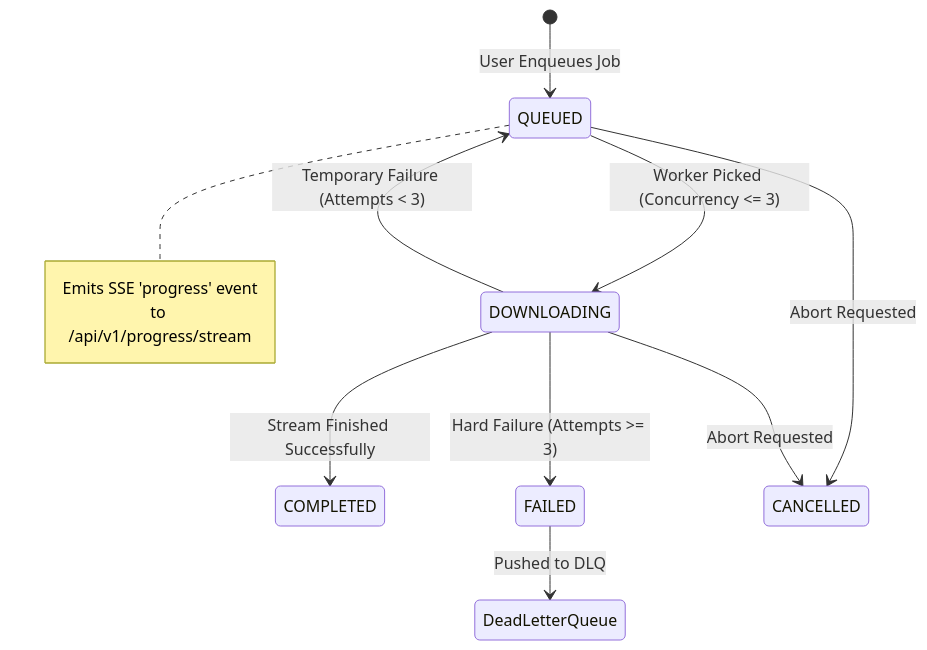
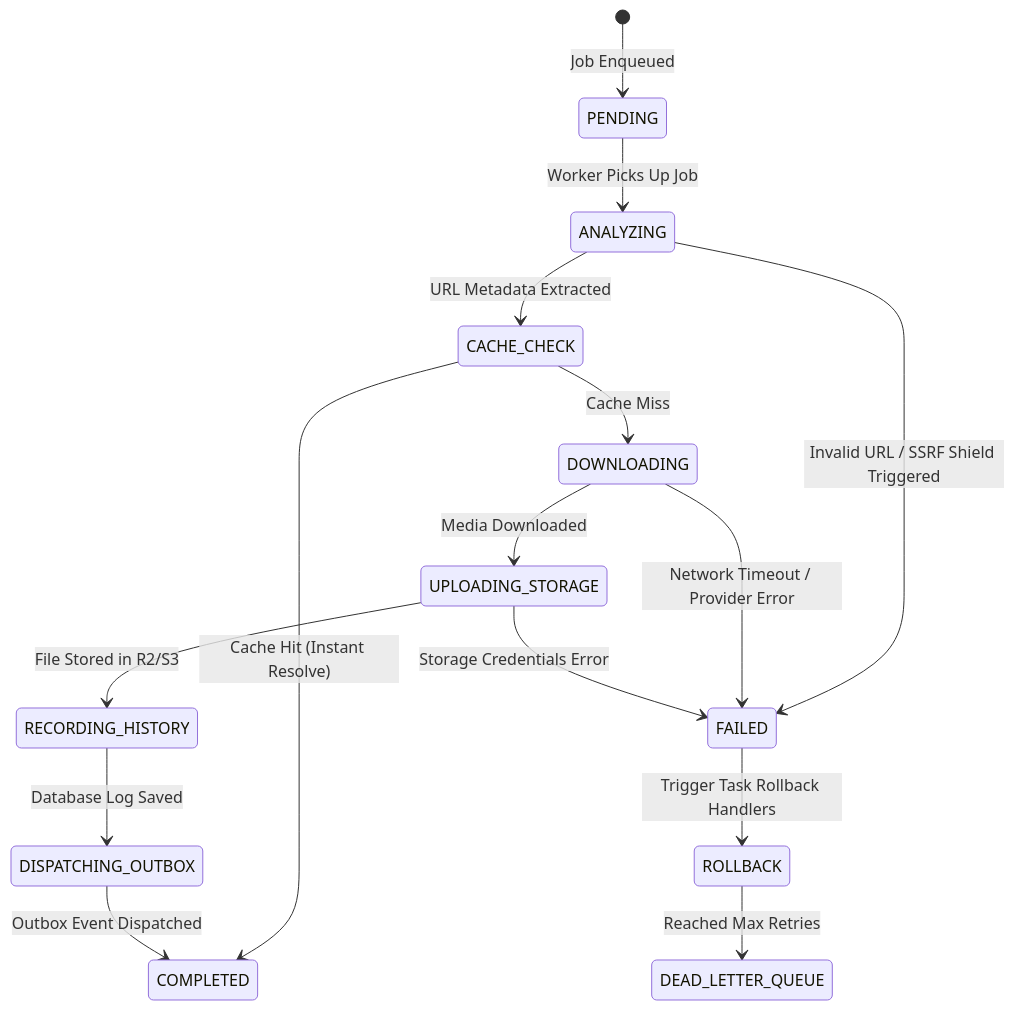
The second of 2 diagrams in docs/architecture/system-overview.md (me-hv/MediaHub), drawn with Mermaid before and after one commit. The commit also changed other lines of this file and 9 other files, not shown here.

Commit message:
docs(deployment): Add Worker Replica Deployment Guide, Versioned Event Envelopes (v1/v2), and Workflow Sequence & State Machine Diagrams

````diff
--- a/docs/architecture/system-overview.md
+++ b/docs/architecture/system-overview.md
@@ -87,16 +46,19 @@
 ```mermaid
 stateDiagram-v2
-    [*] --> QUEUED: User Enqueues Job
-    QUEUED --> DOWNLOADING: Worker Picked (Concurrency <= 3)
-    DOWNLOADING --> COMPLETED: Stream Finished Successfully
-    DOWNLOADING --> QUEUED: Temporary Failure (Attempts < 3)
-    DOWNLOADING --> FAILED: Hard Failure (Attempts >= 3)
-    FAILED --> DeadLetterQueue: Pushed to DLQ
-    QUEUED --> CANCELLED: Abort Requested
-    DOWNLOADING --> CANCELLED: Abort Requested
-
-    note right of QUEUED
-        Emits SSE 'progress' event
-        to /api/v1/progress/stream
-    end note
+    [*] --> PENDING: Job Enqueued
+    PENDING --> ANALYZING: Worker Picks Up Job
+    ANALYZING --> CACHE_CHECK: URL Metadata Extracted
+    CACHE_CHECK --> DOWNLOADING: Cache Miss
+    CACHE_CHECK --> COMPLETED: Cache Hit (Instant Resolve)
+    DOWNLOADING --> UPLOADING_STORAGE: Media Downloaded
+    UPLOADING_STORAGE --> RECORDING_HISTORY: File Stored in R2/S3
+    RECORDING_HISTORY --> DISPATCHING_OUTBOX: Database Log Saved
+    DISPATCHING_OUTBOX --> COMPLETED: Outbox Event Dispatched
+    
+    ANALYZING --> FAILED: Invalid URL / SSRF Shield Triggered
+    DOWNLOADING --> FAILED: Network Timeout / Provider Error
+    UPLOADING_STORAGE --> FAILED: Storage Credentials Error
+    
+    FAILED --> ROLLBACK: Trigger Task Rollback Handlers
+    ROLLBACK --> DEAD_LETTER_QUEUE: Reached Max Retries
 ```
````
